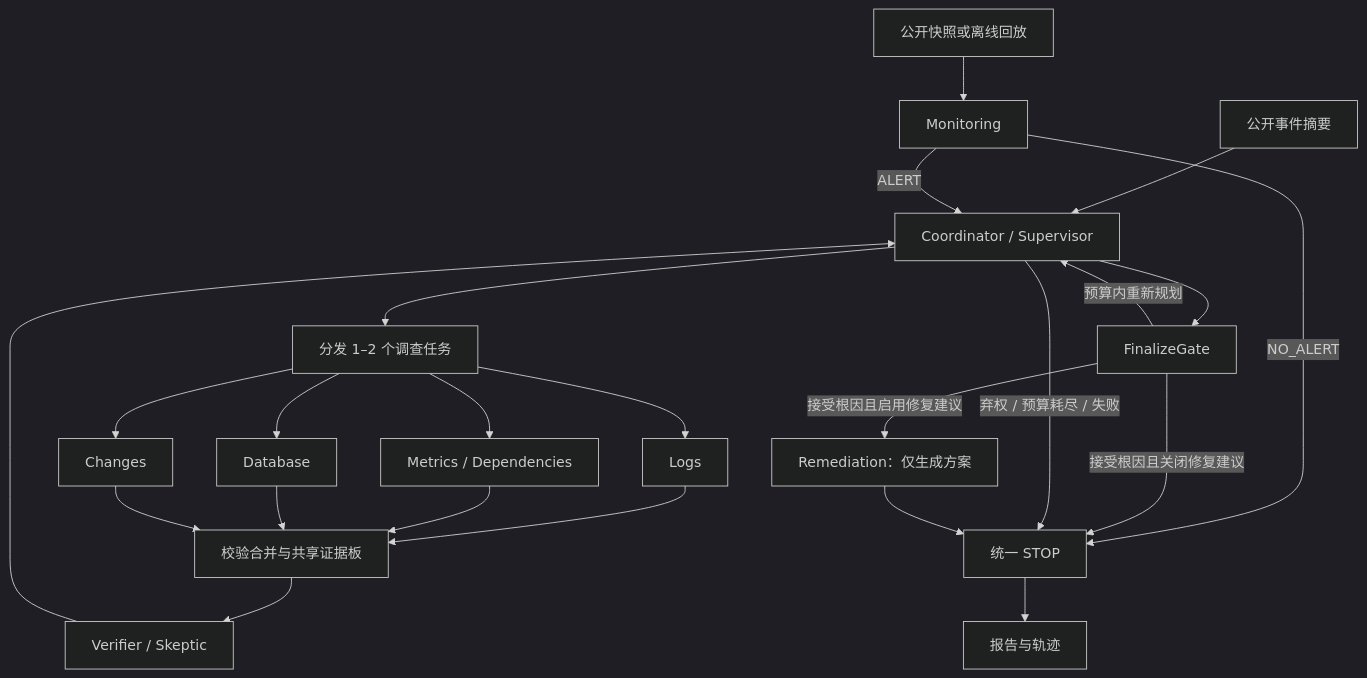
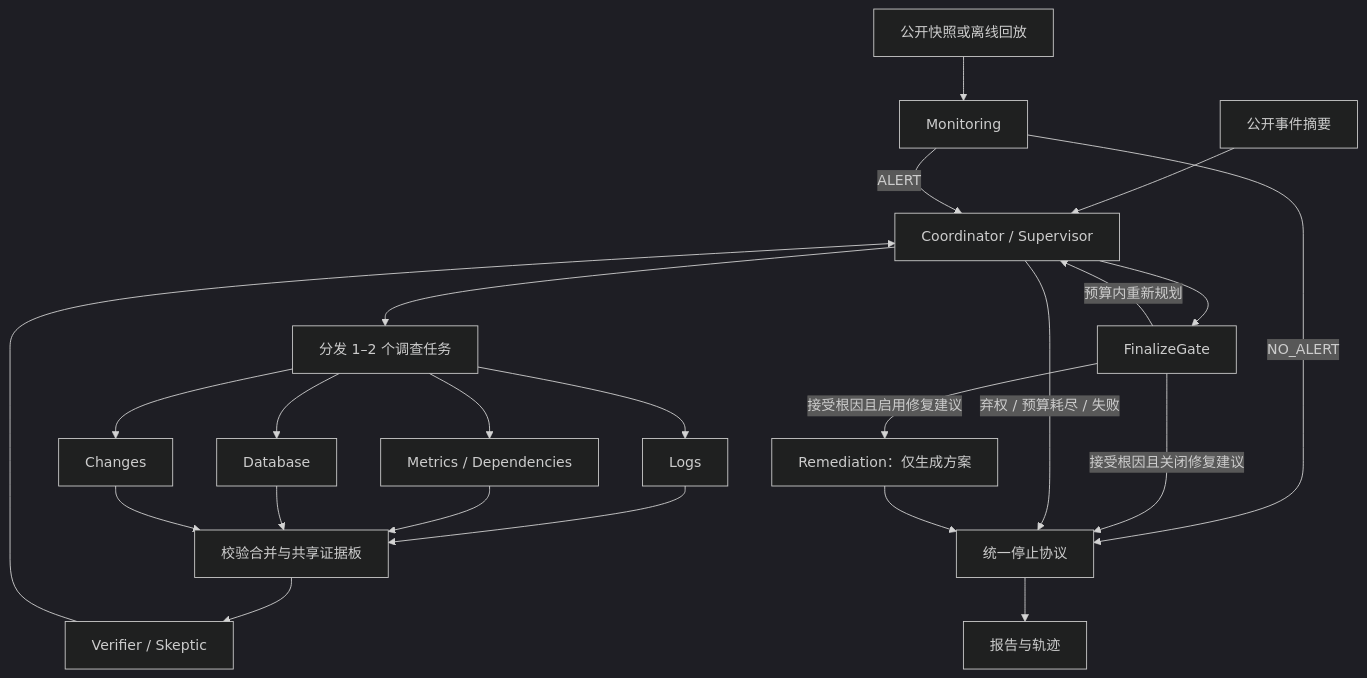
The diagram in README.zh-CN.md (celvelzel/IncidentLens), drawn with Mermaid (dark theme) before and after one commit. The commit also changed other lines of this file and 132 other files, not shown here.

````diff
--- a/README.zh-CN.md
+++ b/README.zh-CN.md
@@ -73,40 +73,40 @@
 ```mermaid
 flowchart TD
     I["公开事件摘要"]
     P["公开快照或离线回放"]
     N["Monitoring"]
     C["Coordinator / Supervisor"]
     D["分发 1–2 个调查任务"]
     L["Logs"]
     M["Metrics / Dependencies"]
     DB["Database"]
     X["Changes"]
     B["校验合并与共享证据板"]
     V["Verifier / Skeptic"]
     G["FinalizeGate"]
     R["Remediation：仅生成方案"]
-    S["统一 STOP"]
+    S["统一停止协议"]
     O["报告与轨迹"]
     I --> C
     P --> N
     N -->|ALERT| C
     N -->|NO_ALERT| S
     C --> D
     D --> L
     D --> M
     D --> DB
     D --> X
     L --> B
     M --> B
     DB --> B
     X --> B
     B --> V
     V --> C
     C --> G
     G -->|预算内重新规划| C
     G -->|接受根因且启用修复建议| R
     G -->|接受根因且关闭修复建议| S
     C -->|弃权 / 预算耗尽 / 失败| S
     R --> S
     S --> O
 ```
````
